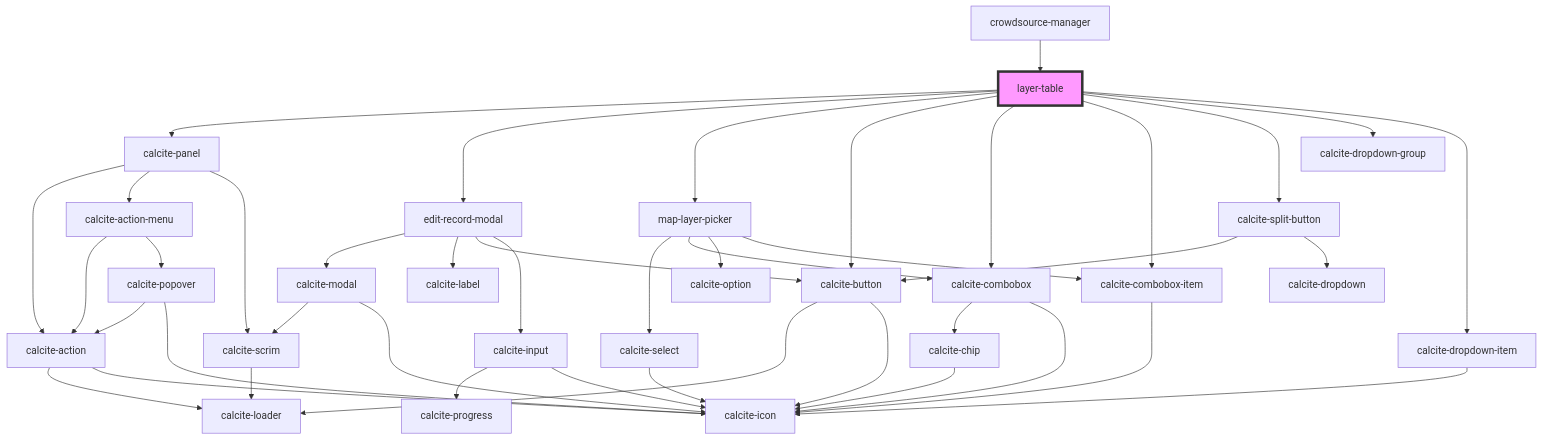
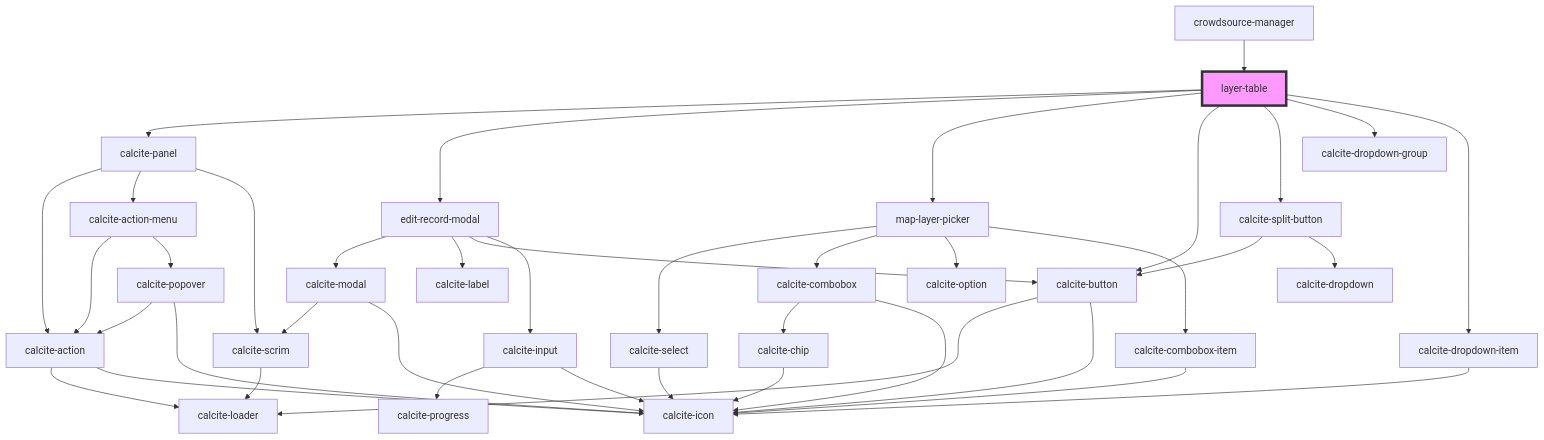
Before and after one commit to Esri/solutions-components: the diagram in src/components/layer-table/readme.md, drawn with Mermaid. The commit also changed other lines of this file and 6 other files, not shown here.

````diff
--- a/src/components/layer-table/readme.md
+++ b/src/components/layer-table/readme.md
@@ -34,46 +32,44 @@
 ```mermaid
 graph TD;
   layer-table --> calcite-panel
   layer-table --> edit-record-modal
   layer-table --> map-layer-picker
   layer-table --> calcite-button
-  layer-table --> calcite-combobox
-  layer-table --> calcite-combobox-item
   layer-table --> calcite-split-button
   layer-table --> calcite-dropdown-group
   layer-table --> calcite-dropdown-item
   calcite-panel --> calcite-action
   calcite-panel --> calcite-action-menu
   calcite-panel --> calcite-scrim
   calcite-action --> calcite-loader
   calcite-action --> calcite-icon
   calcite-action-menu --> calcite-action
   calcite-action-menu --> calcite-popover
   calcite-popover --> calcite-action
   calcite-popover --> calcite-icon
   calcite-scrim --> calcite-loader
   edit-record-modal --> calcite-modal
   edit-record-modal --> calcite-label
   edit-record-modal --> calcite-button
   edit-record-modal --> calcite-input
   calcite-modal --> calcite-scrim
   calcite-modal --> calcite-icon
   calcite-button --> calcite-loader
   calcite-button --> calcite-icon
   calcite-input --> calcite-progress
   calcite-input --> calcite-icon
   map-layer-picker --> calcite-select
   map-layer-picker --> calcite-combobox
   map-layer-picker --> calcite-option
   map-layer-picker --> calcite-combobox-item
   calcite-select --> calcite-icon
   calcite-combobox --> calcite-chip
   calcite-combobox --> calcite-icon
   calcite-chip --> calcite-icon
   calcite-combobox-item --> calcite-icon
   calcite-split-button --> calcite-button
   calcite-split-button --> calcite-dropdown
   calcite-dropdown-item --> calcite-icon
   crowdsource-manager --> layer-table
   style layer-table fill:#f9f,stroke:#333,stroke-width:4px
 ```
````
